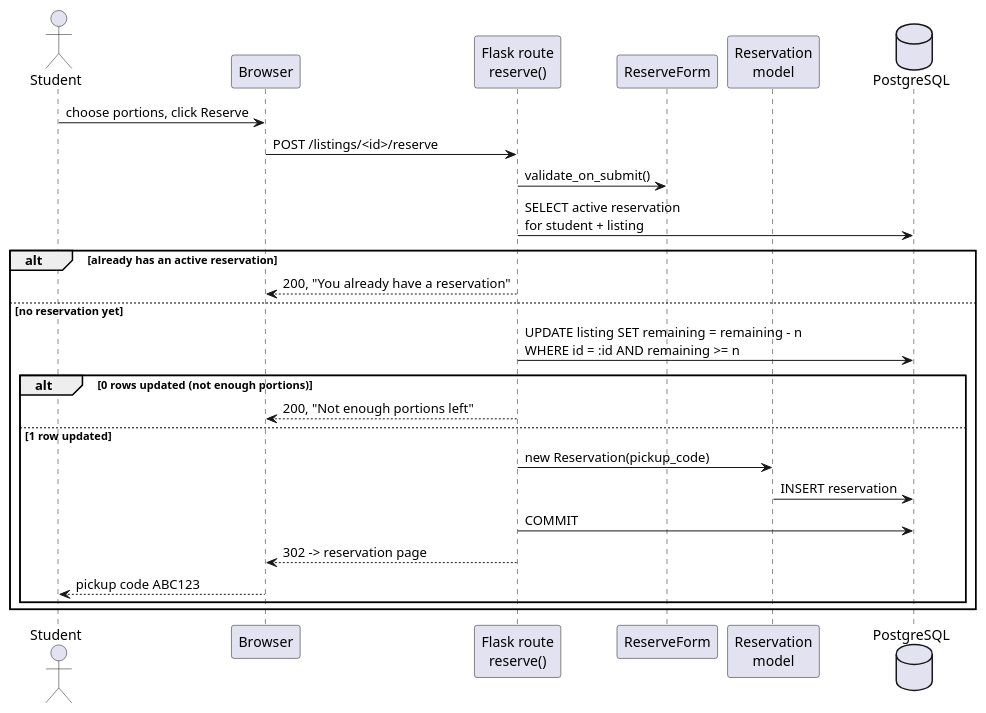
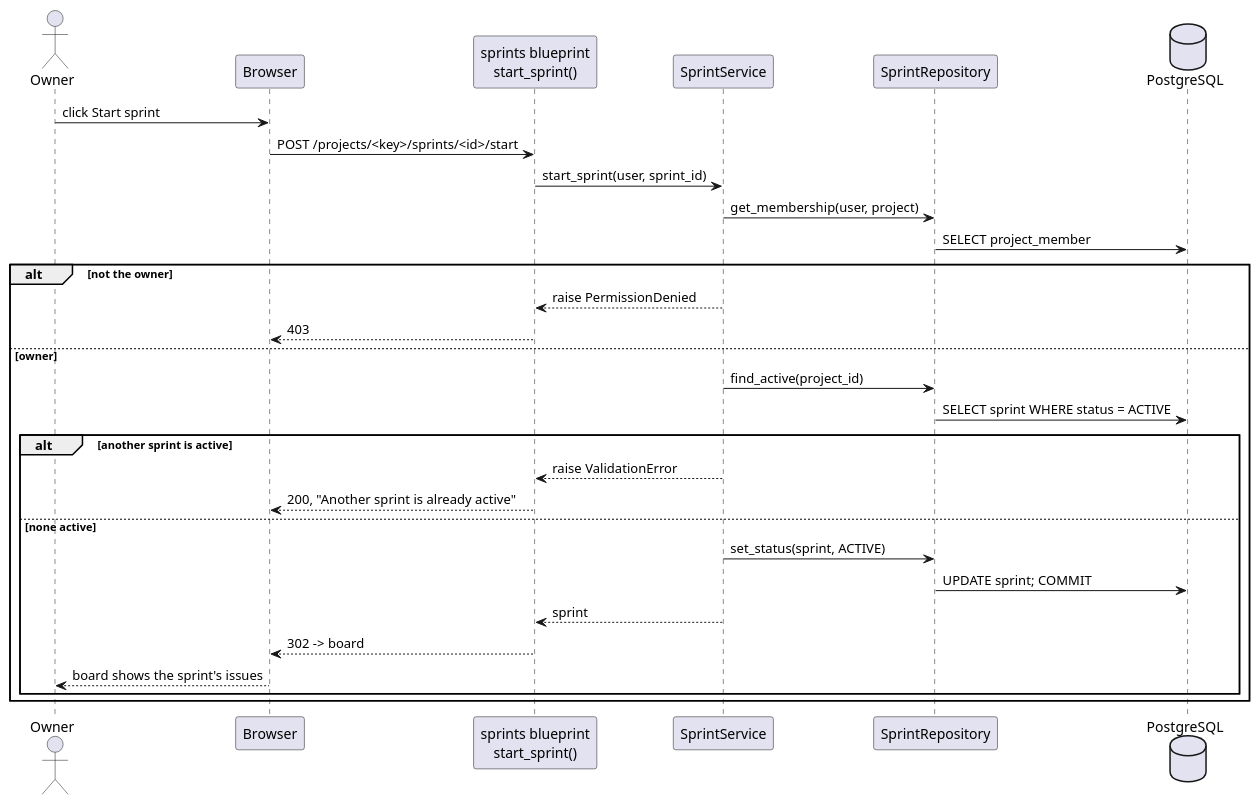
The second of 2 diagrams in .agents/skills/uml/SKILL.md (AdenPotato/CS3250-project-3), drawn with PlantUML before and after one commit. The commit also changed other lines of this file and 44 other files, not shown here.

````diff
--- a/.agents/skills/uml/SKILL.md
+++ b/.agents/skills/uml/SKILL.md
@@ -92,29 +129,33 @@
 ```plantuml
-@startuml sequence-US4
-actor Student
+@startuml sequence-US7
+actor Owner
 participant Browser
-participant "Flask route\nreserve()" as Route
-participant "ReserveForm" as Form
-participant "Reservation\nmodel" as Model
+participant "sprints blueprint\nstart_sprint()" as Route
+participant "SprintService" as Service
+participant "SprintRepository" as Repo
 database PostgreSQL as DB
 
-Student -> Browser : choose portions, click Reserve
-Browser -> Route : POST /listings/<id>/reserve
-Route -> Form : validate_on_submit()
-Route -> DB : SELECT active reservation\nfor student + listing
-alt already has an active reservation
-  Route --> Browser : 200, "You already have a reservation"
-else no reservation yet
-  Route -> DB : UPDATE listing SET remaining = remaining - n\nWHERE id = :id AND remaining >= n
-  alt 0 rows updated (not enough portions)
-    Route --> Browser : 200, "Not enough portions left"
-  else 1 row updated
-    Route -> Model : new Reservation(pickup_code)
-    Model -> DB : INSERT reservation
-    Route -> DB : COMMIT
-    Route --> Browser : 302 -> reservation page
-    Browser --> Student : pickup code ABC123
+Owner -> Browser : click Start sprint
+Browser -> Route : POST /projects/<key>/sprints/<id>/start
+Route -> Service : start_sprint(user, sprint_id)
+Service -> Repo : get_membership(user, project)
+Repo -> DB : SELECT project_member
+alt not the owner
+  Service --> Route : raise PermissionDenied
+  Route --> Browser : 403
+else owner
+  Service -> Repo : find_active(project_id)
+  Repo -> DB : SELECT sprint WHERE status = ACTIVE
+  alt another sprint is active
+    Service --> Route : raise ValidationError
+    Route --> Browser : 200, "Another sprint is already active"
+  else none active
+    Service -> Repo : set_status(sprint, ACTIVE)
+    Repo -> DB : UPDATE sprint; COMMIT
+    Service --> Route : sprint
+    Route --> Browser : 302 -> board
+    Browser --> Owner : board shows the sprint's issues
   end
 end
 @enduml
 ```
````
